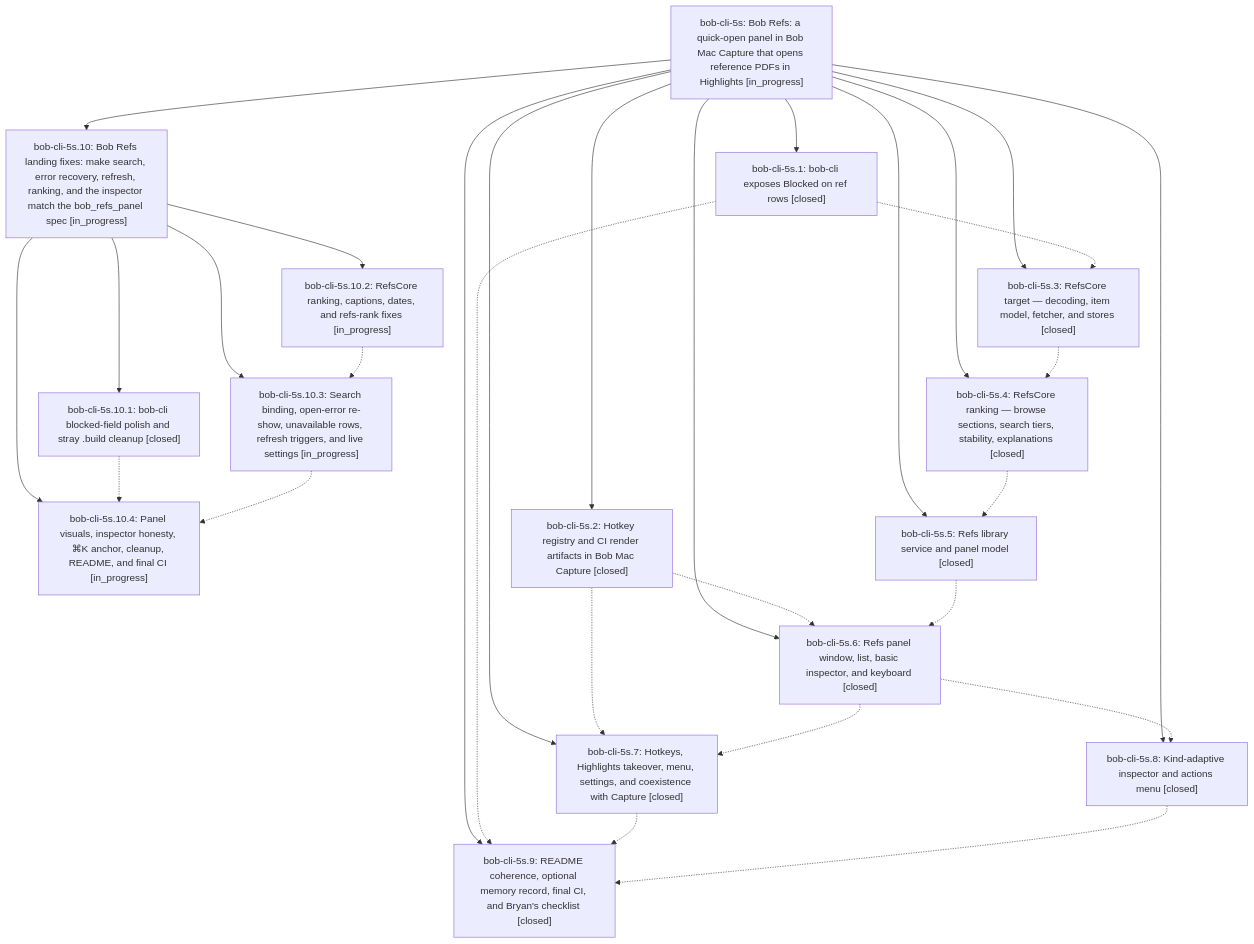
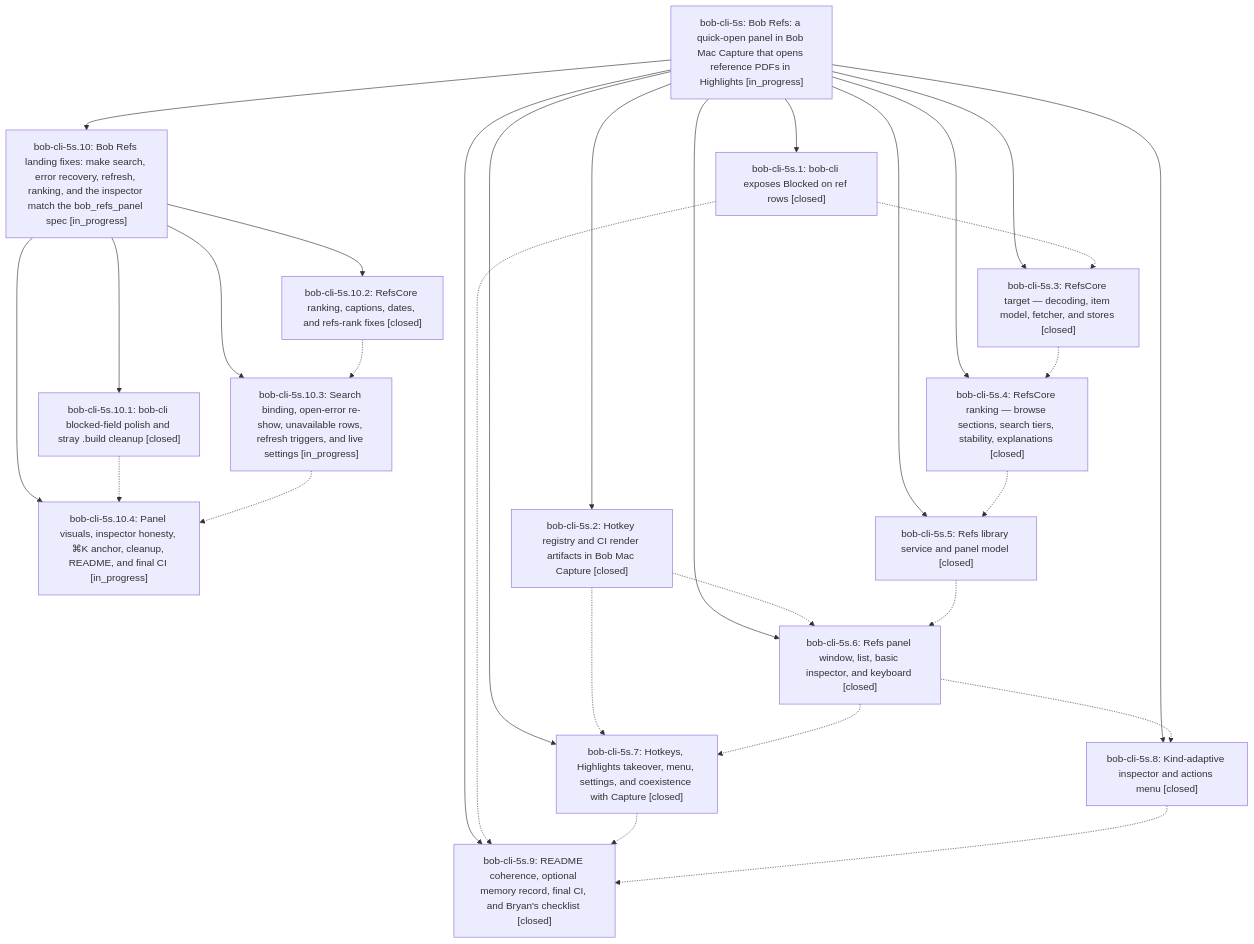
The diagram in pages/bob-cli-5s/README.md (bobs-org/bob-cli--beads), drawn with Mermaid before and after one commit. The commit also changed other lines of this file and 4 other files, not shown here.

First line of the commit message:
chore(beads): sync bead state and pages for bob-cli-5s

````diff
--- a/pages/bob-cli-5s/README.md
+++ b/pages/bob-cli-5s/README.md
@@ -50,46 +50,46 @@
 ```mermaid
 flowchart TD
     n0["bob-cli-5s: Bob Refs: a quick-open panel in Bob Mac Capture that opens reference PDFs in Highlights [in_progress]"]
     n1["bob-cli-5s.1: bob-cli exposes Blocked on ref rows [closed]"]
     n2["bob-cli-5s.10: Bob Refs landing fixes: make search, error recovery, refresh, ranking, and the inspector match the bob_refs_panel spec [in_progress]"]
     n3["bob-cli-5s.10.1: bob-cli blocked-field polish and stray .build cleanup [closed]"]
-    n4["bob-cli-5s.10.2: RefsCore ranking, captions, dates, and refs-rank fixes [in_progress]"]
+    n4["bob-cli-5s.10.2: RefsCore ranking, captions, dates, and refs-rank fixes [closed]"]
     n5["bob-cli-5s.10.3: Search binding, open-error re-show, unavailable rows, refresh triggers, and live settings [in_progress]"]
     n6["bob-cli-5s.10.4: Panel visuals, inspector honesty, ⌘K anchor, cleanup, README, and final CI [in_progress]"]
     n7["bob-cli-5s.2: Hotkey registry and CI render artifacts in Bob Mac Capture [closed]"]
     n8["bob-cli-5s.3: RefsCore target — decoding, item model, fetcher, and stores [closed]"]
     n9["bob-cli-5s.4: RefsCore ranking — browse sections, search tiers, stability, explanations [closed]"]
     n10["bob-cli-5s.5: Refs library service and panel model [closed]"]
     n11["bob-cli-5s.6: Refs panel window, list, basic inspector, and keyboard [closed]"]
     n12["bob-cli-5s.7: Hotkeys, Highlights takeover, menu, settings, and coexistence with Capture [closed]"]
     n13["bob-cli-5s.8: Kind-adaptive inspector and actions menu [closed]"]
     n14["bob-cli-5s.9: README coherence, optional memory record, final CI, and Bryan's checklist [closed]"]
     n0 --> n1
     n0 --> n2
     n2 --> n3
     n2 --> n4
     n2 --> n5
     n2 --> n6
     n0 --> n7
     n0 --> n8
     n0 --> n9
     n0 --> n10
     n0 --> n11
     n0 --> n12
     n0 --> n13
     n0 --> n14
     n1 -.-> n8
     n1 -.-> n14
     n3 -.-> n6
     n4 -.-> n5
     n5 -.-> n6
     n7 -.-> n11
     n7 -.-> n12
     n8 -.-> n9
     n9 -.-> n10
     n10 -.-> n11
     n11 -.-> n12
     n11 -.-> n13
     n12 -.-> n14
     n13 -.-> n14
 ```
````
